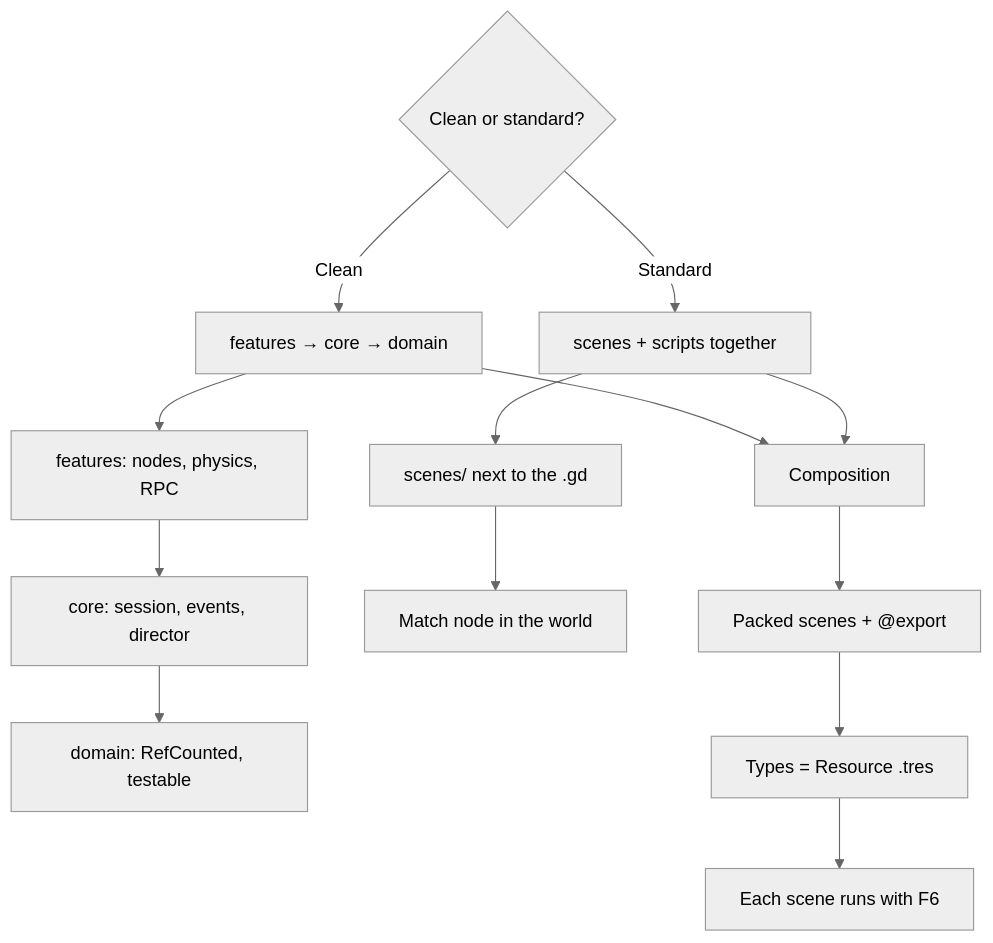
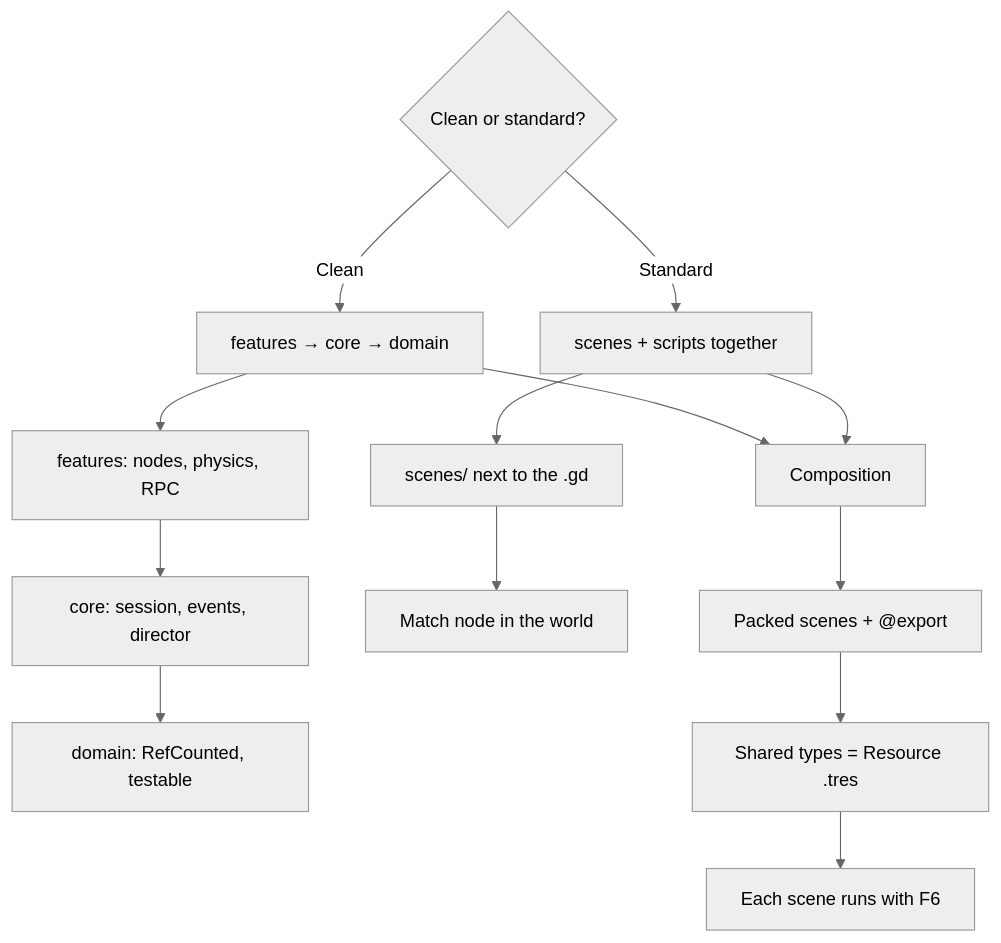
The second of 4 diagrams in docs/architecture.md (Joelnicolass/godot-studio-skills), drawn with Mermaid (neutral theme) before and after one commit. The commit also changed other lines of this file and 27 other files, not shown here.

````diff
--- a/docs/architecture.md
+++ b/docs/architecture.md
@@ -62,21 +62,21 @@
 ```mermaid
 flowchart TB
   ask{Clean or standard?}
 
   ask -->|Clean| clean[features → core → domain]
   ask -->|Standard| std[scenes + scripts together]
 
   clean --> feat[features: nodes, physics, RPC]
   feat --> core[core: session, events, director]
   core --> domain[domain: RefCounted, testable]
 
   std --> scenes[scenes/ next to the .gd]
   scenes --> match[Match node in the world]
 
   clean --> shared[Composition]
   std --> shared
 
   shared --> packed[Packed scenes + @export]
-  packed --> tres[Types = Resource .tres]
+  packed --> tres[Shared types = Resource .tres]
   tres --> f6[Each scene runs with F6]
 ```
````
